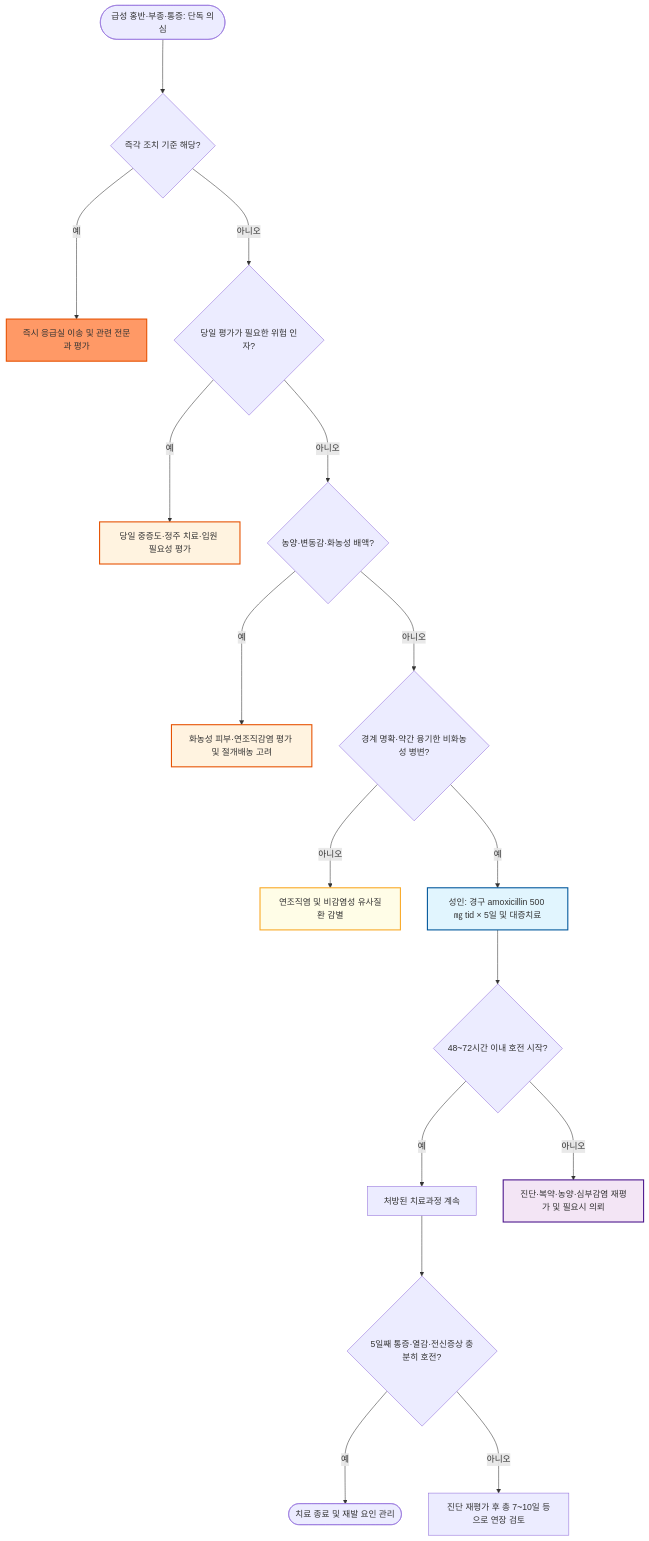
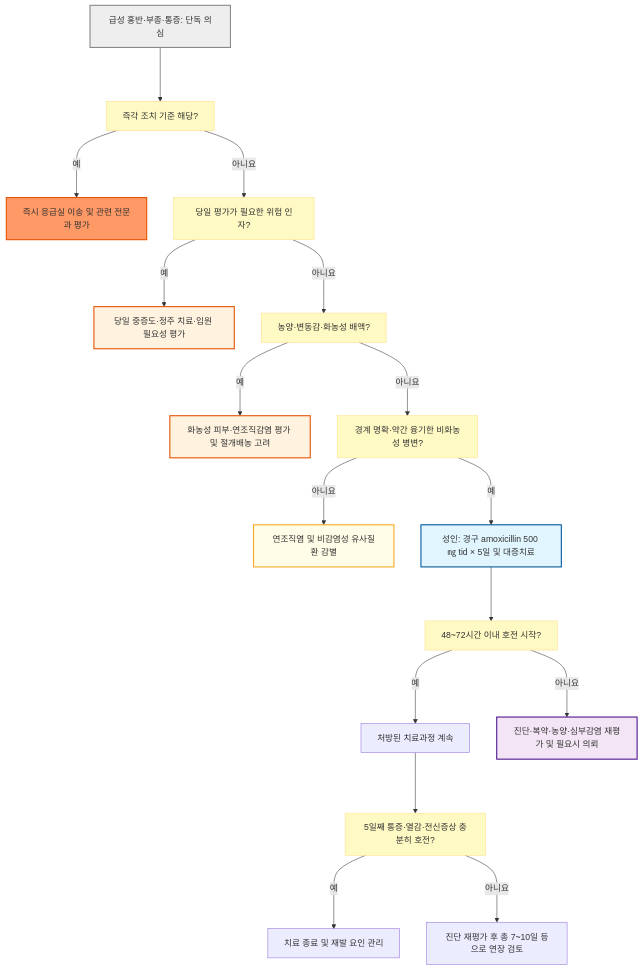
Before and after one commit to familyoh77/familyoh77: the diagram in 229_/168_-erysipelas.md, drawn with Mermaid. The commit also changed other lines of this file and 16 other files, not shown here.

````diff
--- a/229_/168_-erysipelas.md
+++ b/229_/168_-erysipelas.md
@@ -114,25 +114,28 @@
 ```mermaid
 graph TD
-    Start(["급성 홍반·부종·통증: 단독 의심"]) ---> Q1{"즉각 조치 기준 해당?"}
-    Q1 -- 예 ---> ER["즉시 응급실 이송 및 관련 전문과 평가"]
-    Q1 -- 아니오 ---> Q2{"당일 평가가 필요한 위험 인자?"}
-    Q2 -- 예 ---> Refer["당일 중증도·정주 치료·입원 필요성 평가"]
-    Q2 -- 아니오 ---> Q3{"농양·변동감·화농성 배액?"}
-    Q3 -- 예 ---> Purulent["화농성 피부·연조직감염 평가 및 절개배농 고려"]
-    Q3 -- 아니오 ---> QDx{"경계 명확·약간 융기한 비화농성 병변?"}
-    QDx -- 아니오 ---> Mimic["연조직염 및 비감염성 유사질환 감별"]
-    QDx -- 예 ---> Outpt["성인: 경구 amoxicillin 500 ㎎ tid × 5일 및 대증치료"]
-    Outpt ---> Reassess{"48~72시간 이내 호전 시작?"}
-    Reassess -- 예 ---> Continue["처방된 치료과정 계속"]
-    Reassess -- 아니오 ---> Refer2["진단·복약·농양·심부감염 재평가 및 필요시 의뢰"]
-    Continue ---> Day5{"5일째 통증·열감·전신증상 충분히 호전?"}
-    Day5 -- 예 ---> Complete(["치료 종료 및 재발 요인 관리"])
-    Day5 -- 아니오 ---> Extend["진단 재평가 후 총 7~10일 등으로 연장 검토"]
+    Start["급성 홍반·부종·통증: 단독 의심"] ---> Q1["즉각 조치 기준 해당?"]
+    Q1 -- "예" ---> ER["즉시 응급실 이송 및 관련 전문과 평가"]
+    Q1 -- "아니요" ---> Q2["당일 평가가 필요한 위험 인자?"]
+    Q2 -- "예" ---> Refer["당일 중증도·정주 치료·입원 필요성 평가"]
+    Q2 -- "아니요" ---> Q3["농양·변동감·화농성 배액?"]
+    Q3 -- "예" ---> Purulent["화농성 피부·연조직감염 평가 및 절개배농 고려"]
+    Q3 -- "아니요" ---> QDx["경계 명확·약간 융기한 비화농성 병변?"]
+    QDx -- "아니요" ---> Mimic["연조직염 및 비감염성 유사질환 감별"]
+    QDx -- "예" ---> Outpt["성인: 경구 amoxicillin 500 ㎎ tid × 5일 및 대증치료"]
+    Outpt ---> Reassess["48~72시간 이내 호전 시작?"]
+    Reassess -- "예" ---> Continue["처방된 치료과정 계속"]
+    Reassess -- "아니요" ---> Refer2["진단·복약·농양·심부감염 재평가 및 필요시 의뢰"]
+    Continue ---> Day5["5일째 통증·열감·전신증상 충분히 호전?"]
+    Day5 -- "예" ---> Complete["치료 종료 및 재발 요인 관리"]
+    Day5 -- "아니요" ---> Extend["진단 재평가 후 총 7~10일 등으로 연장 검토"]
 
+    classDef question fill:#fff9c4,stroke:#ffe082
+    class Q1,Q2,Q3,QDx,Reassess,Day5 question
+    style Start fill:#eeeeee,stroke:#888888,stroke-width:2px
     style ER fill:#f96,stroke:#e65100,stroke-width:2px
     style Refer fill:#fff3e0,stroke:#e65100,stroke-width:2px
     style Purulent fill:#fff3e0,stroke:#e65100,stroke-width:2px
     style Mimic fill:#fffde7,stroke:#f9a825,stroke-width:2px
     style Outpt fill:#e1f5fe,stroke:#01579b,stroke-width:2px
     style Refer2 fill:#f3e5f5,stroke:#4a148c,stroke-width:2px
 ```
````
